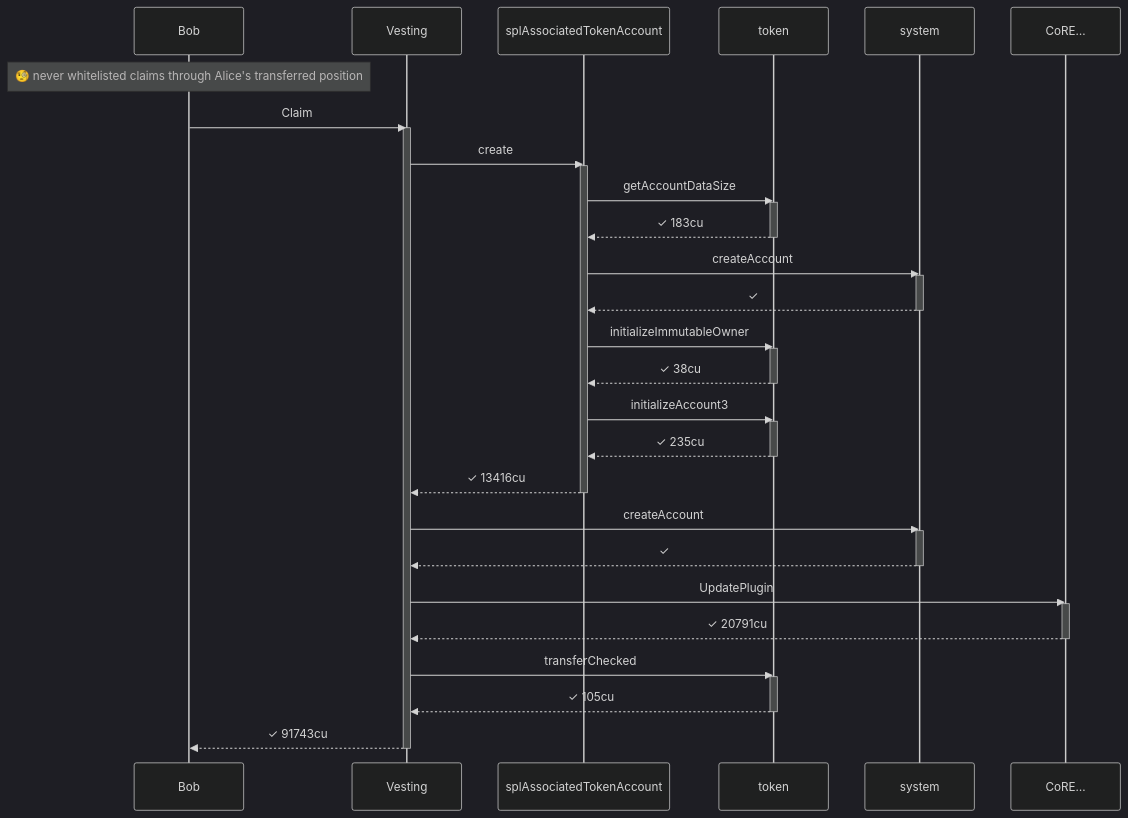
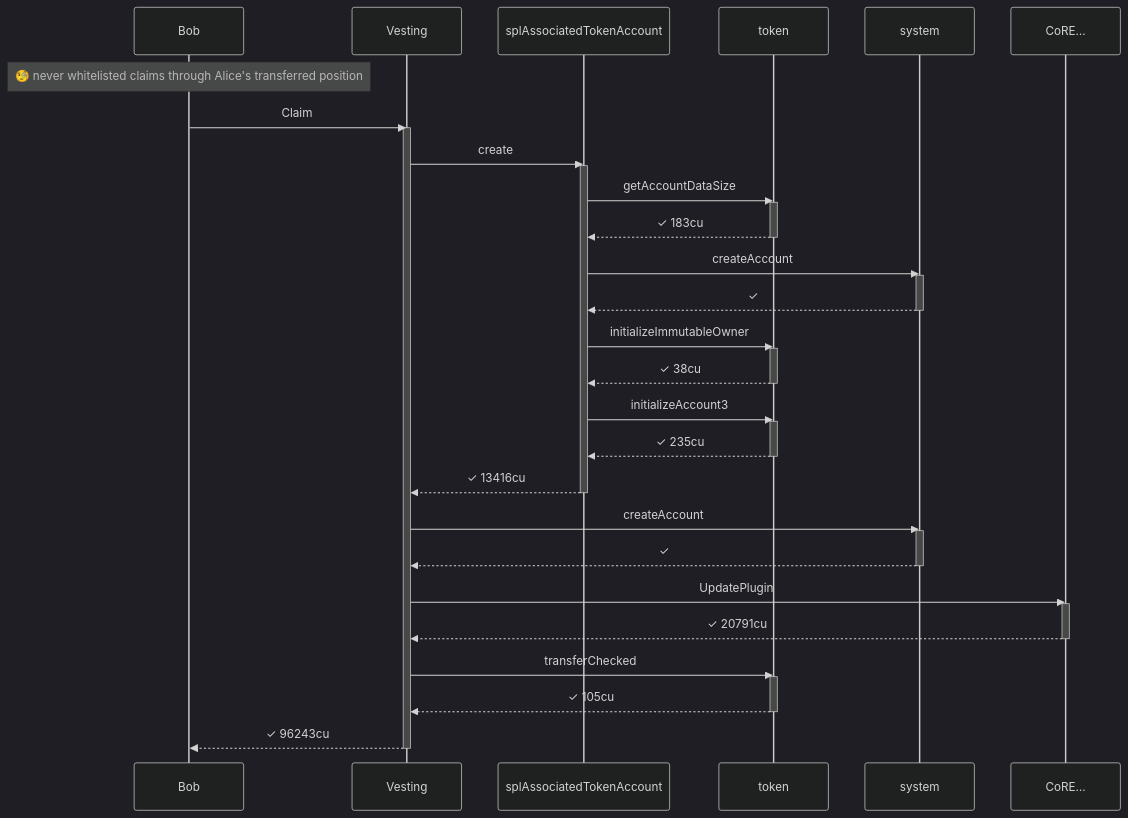
Diagram 22 of 36 in babelfish-tests/test-report/full_lifecycle.md (cds-turbin3/vesting-position), drawn with Mermaid (dark theme) before and after one commit. The commit also changed other lines of this file and 106 other files, not shown here.

````diff
--- a/babelfish-tests/test-report/full_lifecycle.md
+++ b/babelfish-tests/test-report/full_lifecycle.md
@@ -913,46 +939,46 @@
 ```mermaid
 sequenceDiagram
     participant p0 as Bob
     participant p1 as Vesting
     participant p2 as splAssociatedTokenAccount
     participant p3 as token
     participant p4 as system
     participant p5 as CoRE…
     Note over p0: 🧐 never whitelisted  claims through Alice's transferred position
     p0->>p1: Claim
     activate p1
     p1->>p2: create
     activate p2
     p2->>p3: getAccountDataSize
     activate p3
     p3-->>p2: ✓ 183cu
     deactivate p3
     p2->>p4: createAccount
     activate p4
     p4-->>p2: ✓
     deactivate p4
     p2->>p3: initializeImmutableOwner
     activate p3
     p3-->>p2: ✓ 38cu
     deactivate p3
     p2->>p3: initializeAccount3
     activate p3
     p3-->>p2: ✓ 235cu
     deactivate p3
     p2-->>p1: ✓ 13416cu
     deactivate p2
     p1->>p4: createAccount
     activate p4
     p4-->>p1: ✓
     deactivate p4
     p1->>p5: UpdatePlugin
     activate p5
     p5-->>p1: ✓ 20791cu
     deactivate p5
     p1->>p3: transferChecked
     activate p3
     p3-->>p1: ✓ 105cu
     deactivate p3
-    p1-->>p0: ✓ 91743cu
+    p1-->>p0: ✓ 96243cu
     deactivate p1
 ```
````
